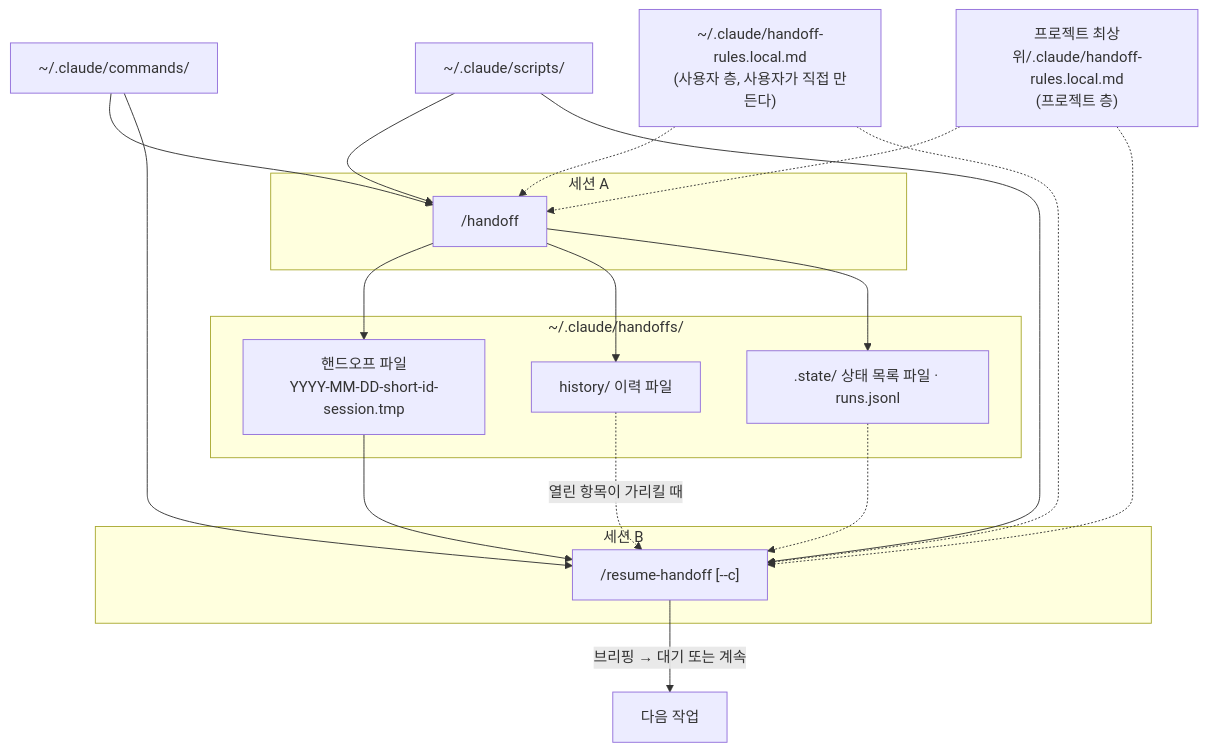
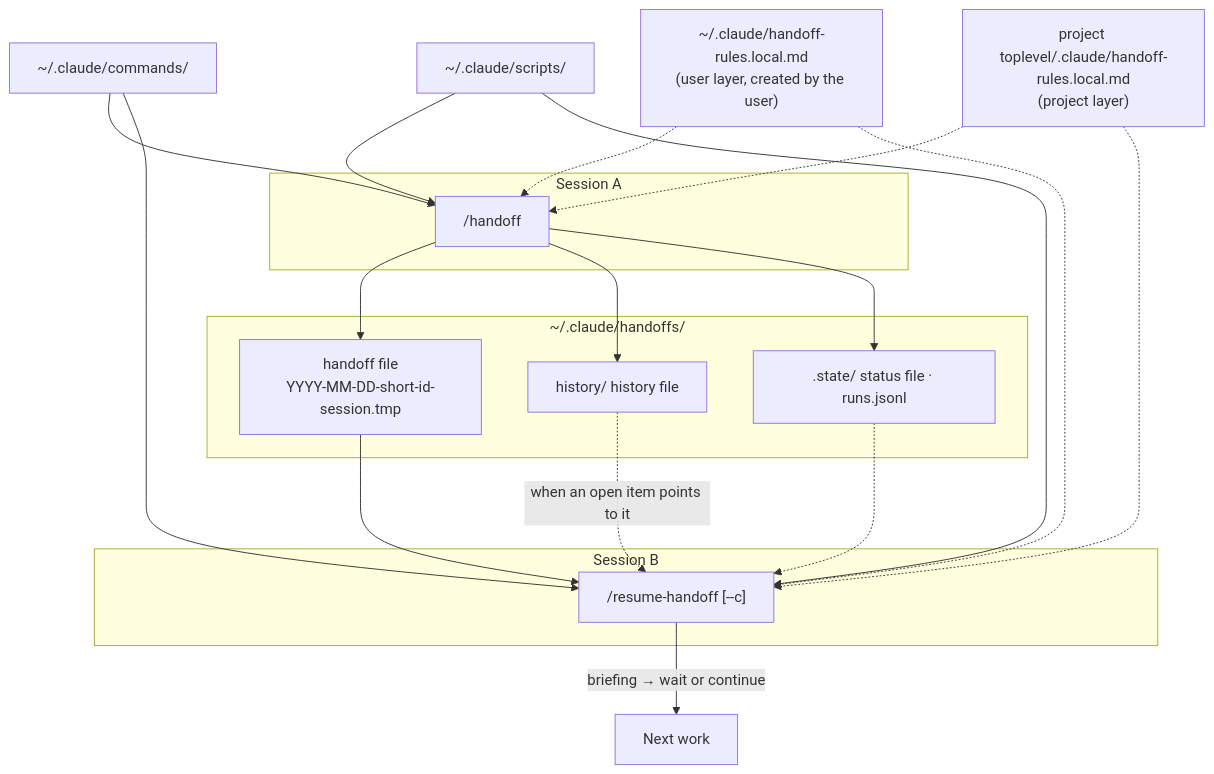
The second of 3 diagrams in README.md (ai-dev-methodologies/session-handoff), drawn with Mermaid before and after one commit. The commit also changed other lines of this file and 16 other files, not shown here.

````diff
--- a/README.md
+++ b/README.md
@@ -41,34 +43,34 @@
 ```mermaid
 flowchart TD
     IC["~/.claude/commands/"]
     IS["~/.claude/scripts/"]
-    UL["~/.claude/handoff-rules.local.md<br/>(사용자 층, 사용자가 직접 만든다)"]
-    PL["프로젝트 최상위/.claude/handoff-rules.local.md<br/>(프로젝트 층)"]
-    subgraph A["세션 A"]
+    UL["~/.claude/handoff-rules.local.md<br/>(user layer, created by the user)"]
+    PL["project toplevel/.claude/handoff-rules.local.md<br/>(project layer)"]
+    subgraph A["Session A"]
         H["/handoff"]
     end
     subgraph OUT["~/.claude/handoffs/"]
-        HF["핸드오프 파일<br/>YYYY-MM-DD-short-id-session.tmp"]
-        HI["history/ 이력 파일"]
-        ST[".state/ 상태 목록 파일 · runs.jsonl"]
+        HF["handoff file<br/>YYYY-MM-DD-short-id-session.tmp"]
+        HI["history/ history file"]
+        ST[".state/ status file · runs.jsonl"]
     end
-    subgraph B["세션 B"]
+    subgraph B["Session B"]
         RH["/resume-handoff [--c]"]
     end
-    NEXT["다음 작업"]
+    NEXT["Next work"]
     IC --> H
     IS --> H
     H --> HF
     H --> HI
     H --> ST
     HF --> RH
     IC --> RH
     IS --> RH
-    RH -->|"브리핑 → 대기 또는 계속"| NEXT
+    RH -->|"briefing → wait or continue"| NEXT
     UL -.-> H
     PL -.-> H
     UL -.-> RH
     PL -.-> RH
     ST -.-> RH
-    HI -.->|"열린 항목이 가리킬 때"| RH
+    HI -.->|"when an open item points to it"| RH
 ```
````
